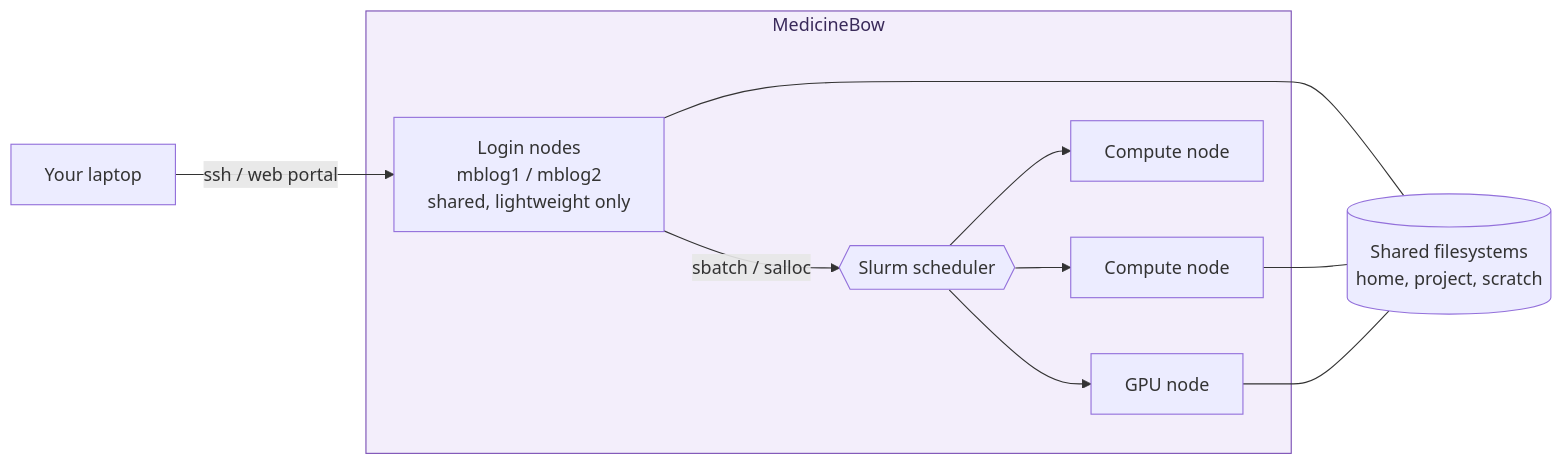
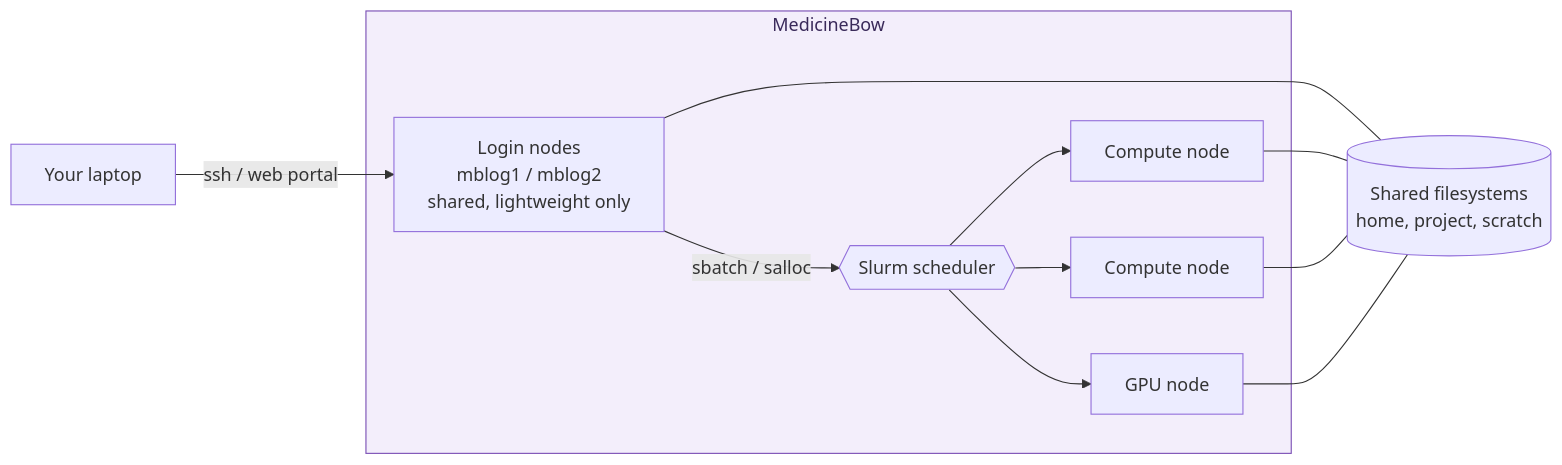
One commit to NSF-ASCEND-Engine/ARCC-how-to changed the diagram in chapters/01-getting-started.qmd. Above: the diagram before and after it, drawn with Mermaid. The commit also changed other lines of this file and 9 other files, not shown here.

````diff
--- a/chapters/01-getting-started.qmd
+++ b/chapters/01-getting-started.qmd
@@ -29,19 +29,20 @@
 ```{mermaid}
 %%| label: fig-nodes
 %%| fig-cap: "You reach a shared login node from your laptop; the scheduler runs your jobs on dedicated compute nodes. All nodes see the same filesystems."
 flowchart LR
     U["Your laptop"] -->|"ssh / web portal"| L
     subgraph MB ["MedicineBow"]
         L["Login nodes<br/>mblog1 / mblog2<br/>shared, lightweight only"]
         S{{"Slurm scheduler"}}
         L -->|"sbatch / salloc"| S
         S --> C1["Compute node"]
         S --> C2["Compute node"]
         S --> C3["GPU node"]
     end
     FS[("Shared filesystems<br/>home, project, scratch")]
     L --- FS
     C1 --- FS
+    C2 --- FS
     C3 --- FS
     style MB fill:#f3eefb,stroke:#7a4fb5,color:#3a2a5a
 ```
````
